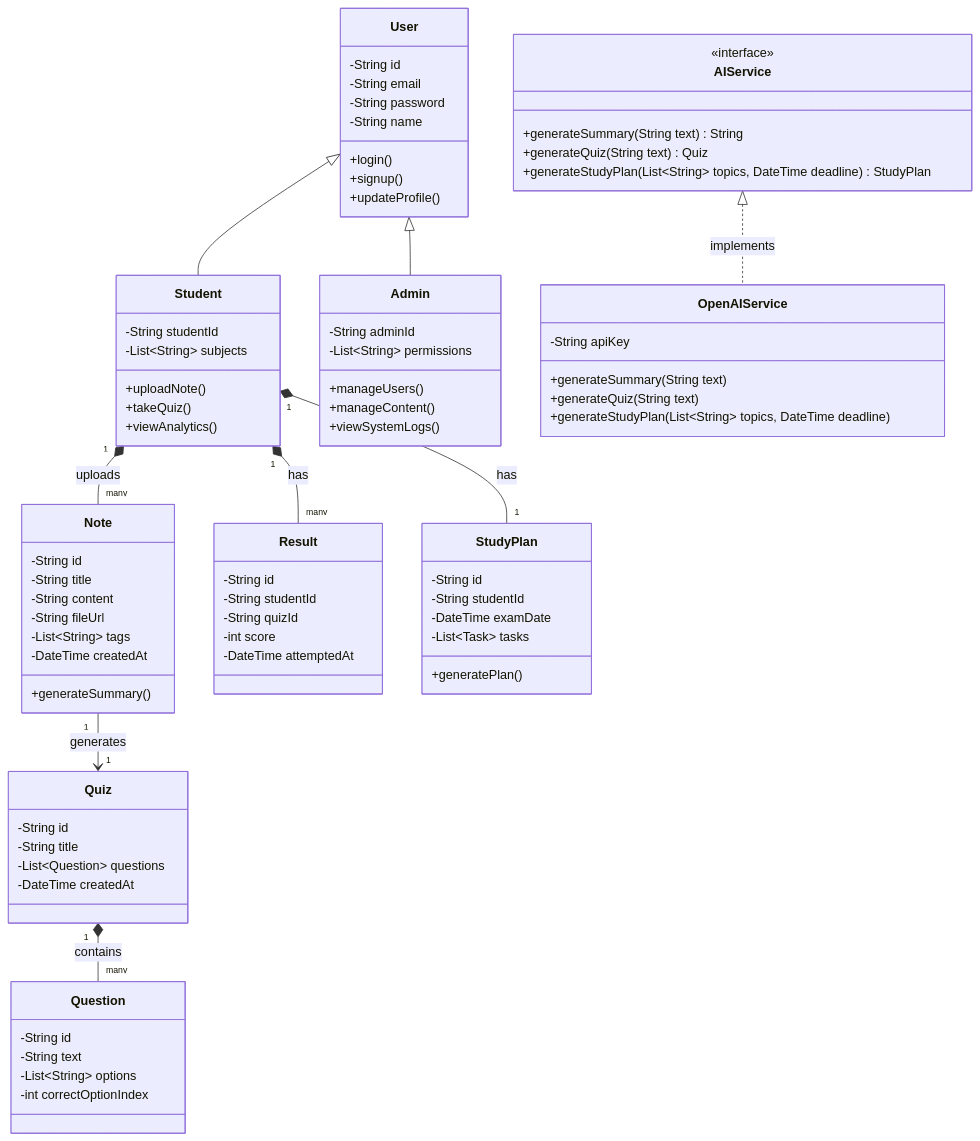
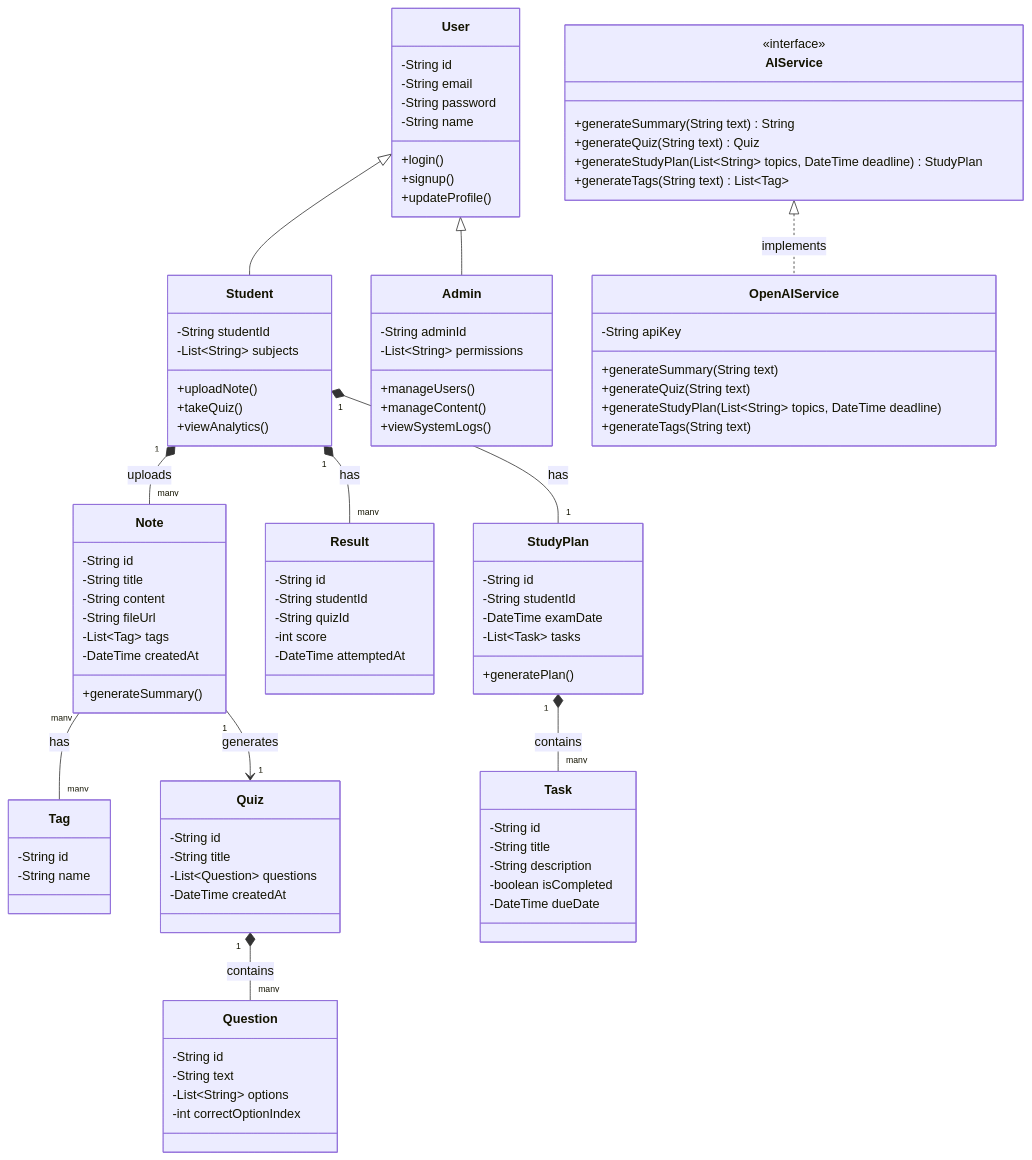
The diagram in classDiagram.md (Sahil5H4RD4/ai-study-companion), drawn with Mermaid before and after one commit.

Commit message:
Update classDiagram.md with Task and Tag classes

````diff
--- a/classDiagram.md
+++ b/classDiagram.md
@@ -40,12 +40,17 @@
         +viewSystemLogs()
     }
 
+    class Tag {
+        -String id
+        -String name
+    }
+
     class Note {
         -String id
         -String title
         -String content
         -String fileUrl
-        -List~String~ tags
+        -List~Tag~ tags
         -DateTime createdAt
         +generateSummary()
     }
@@ -72,6 +77,14 @@
         -DateTime attemptedAt
     }
 
+    class Task {
+        -String id
+        -String title
+        -String description
+        -boolean isCompleted
+        -DateTime dueDate
+    }
+
     class StudyPlan {
         -String id
         -String studentId
@@ -85,6 +98,7 @@
         +generateSummary(String text) String
         +generateQuiz(String text) Quiz
         +generateStudyPlan(List~String~ topics, DateTime deadline) StudyPlan
+        +generateTags(String text) List~Tag~
     }
 
     class OpenAIService {
@@ -92,6 +106,7 @@
         +generateSummary(String text)
         +generateQuiz(String text)
         +generateStudyPlan(List~String~ topics, DateTime deadline)
+        +generateTags(String text)
     }
 
     User <|-- Student
@@ -102,4 +117,6 @@
     Note "1" --> "1" Quiz : generates
     Quiz "1" *-- "many" Question : contains
     AIService <|.. OpenAIService : implements
+    StudyPlan "1" *-- "many" Task : contains
+    Note "many" -- "many" Tag : has
 ```
````
